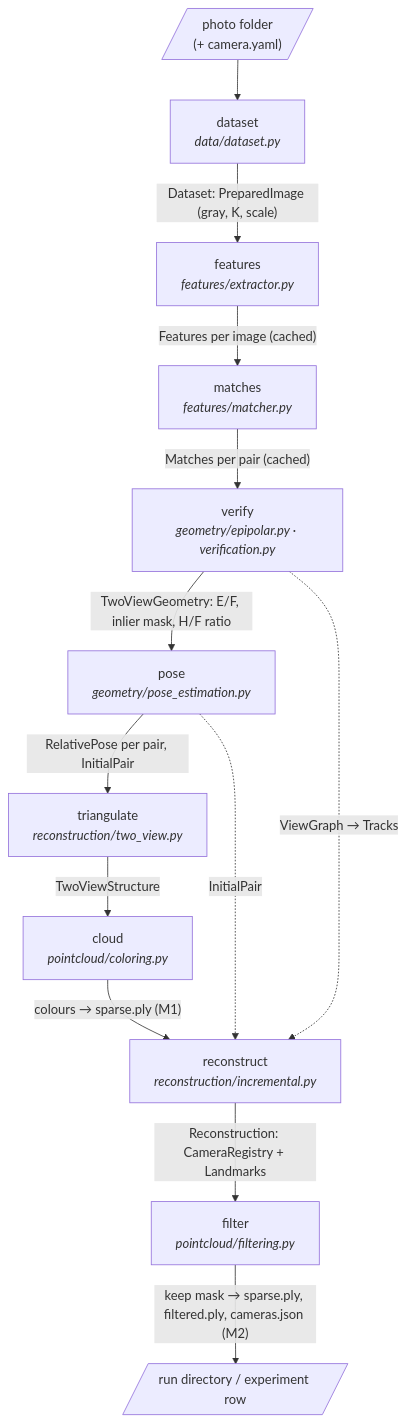
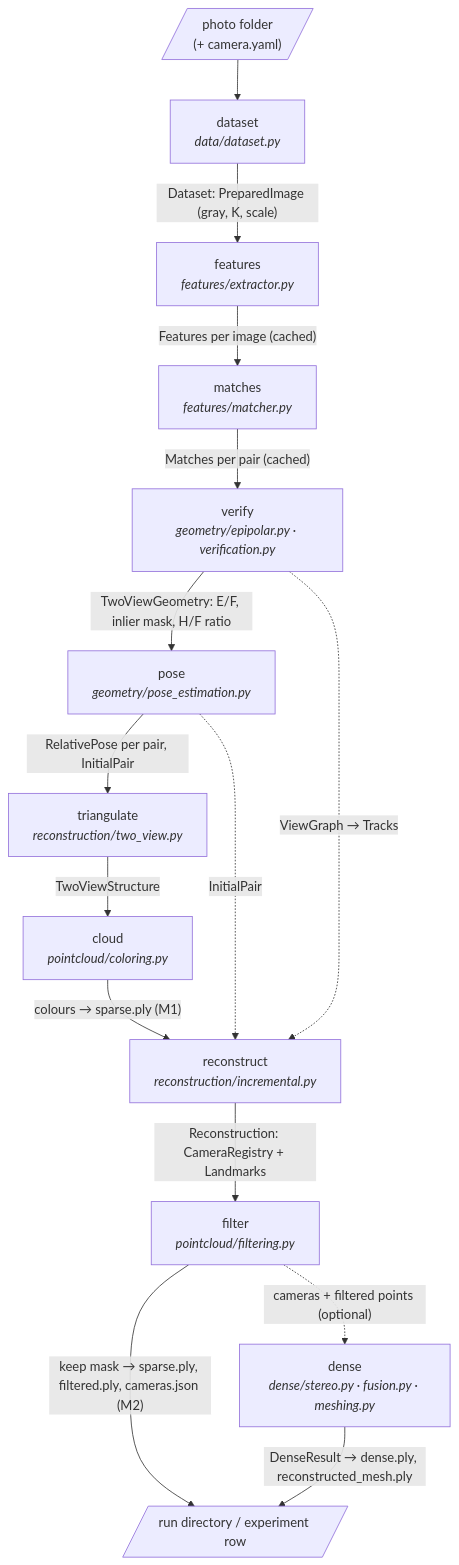
Before and after one commit to AggimallaAbhishek/Multi-View-3D-Reconstruction: the first of 3 diagrams in docs/architecture.md, drawn with Mermaid. The commit also changed other lines of this file and 9 other files, not shown here.

````diff
--- a/docs/architecture.md
+++ b/docs/architecture.md
@@ -9,15 +9,17 @@
 ```mermaid
 flowchart TD
     IMG[/"photo folder<br/>(+ camera.yaml)"/] --> DS["dataset<br/><i>data/dataset.py</i>"]
     DS -->|"Dataset: PreparedImage (gray, K, scale)"| FE["features<br/><i>features/extractor.py</i>"]
     FE -->|"Features per image (cached)"| MA["matches<br/><i>features/matcher.py</i>"]
     MA -->|"Matches per pair (cached)"| VE["verify<br/><i>geometry/epipolar.py · verification.py</i>"]
     VE -->|"TwoViewGeometry: E/F, inlier mask, H/F ratio"| PO["pose<br/><i>geometry/pose_estimation.py</i>"]
     PO -->|"RelativePose per pair, InitialPair"| TR["triangulate<br/><i>reconstruction/two_view.py</i>"]
     TR -->|"TwoViewStructure"| CL["cloud<br/><i>pointcloud/coloring.py</i>"]
     CL -->|"colours → sparse.ply (M1)"| RE["reconstruct<br/><i>reconstruction/incremental.py</i>"]
     VE -.->|"ViewGraph → Tracks"| RE
     PO -.->|"InitialPair"| RE
     RE -->|"Reconstruction: CameraRegistry + Landmarks"| FI["filter<br/><i>pointcloud/filtering.py</i>"]
     FI -->|"keep mask → sparse.ply, filtered.ply, cameras.json (M2)"| OUT[/"run directory / experiment row"/]
+    FI -.->|"cameras + filtered points (optional)"| DE["dense<br/><i>dense/stereo.py · fusion.py · meshing.py</i>"]
+    DE -->|"DenseResult → dense.ply, reconstructed_mesh.ply"| OUT
 ```
````
